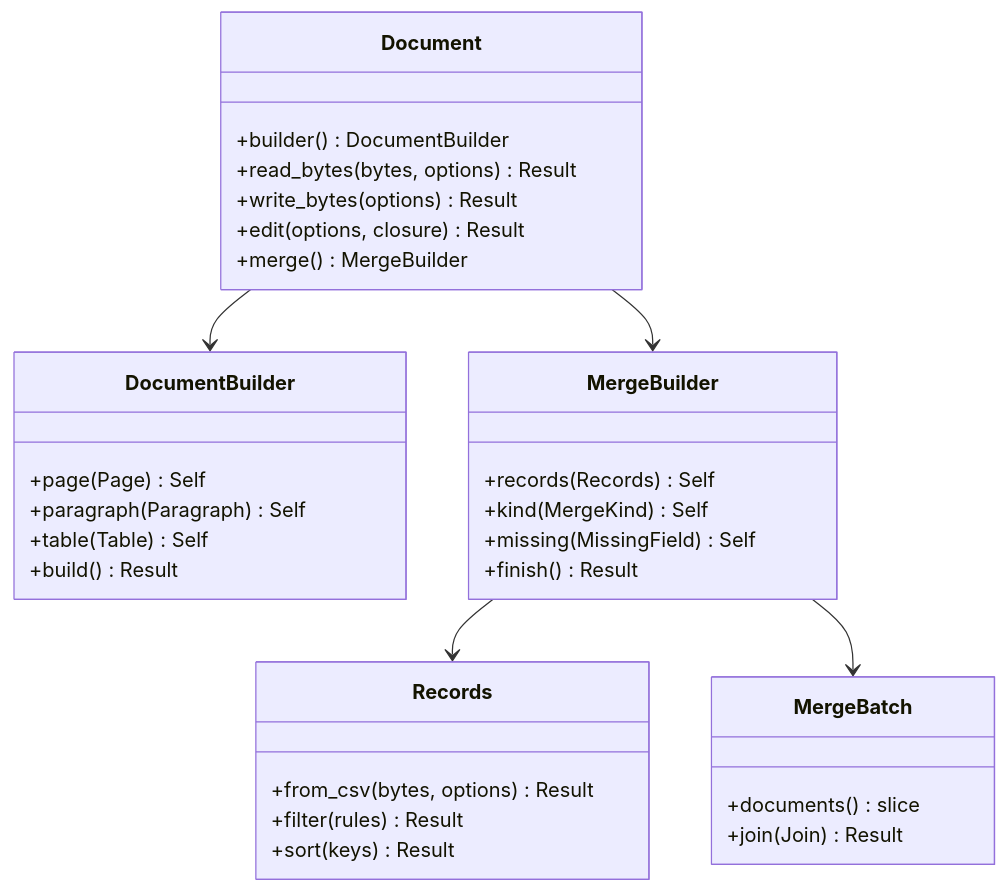
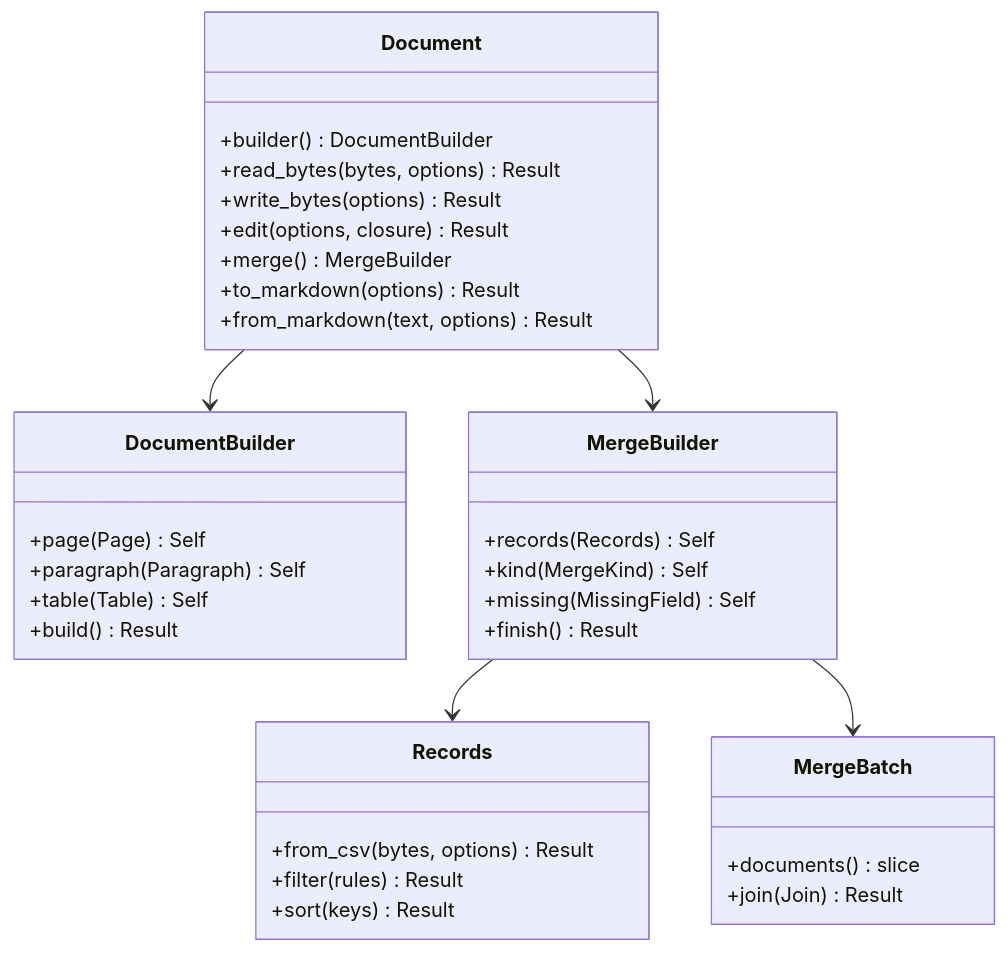
Before and after one commit to raphaelmansuy/edgedoc: the third of 3 diagrams in docs/03-architecture.md, drawn with Mermaid. The commit also changed 20 other files, not shown here.

````diff
--- a/docs/03-architecture.md
+++ b/docs/03-architecture.md
@@ -90,35 +90,37 @@
 ```mermaid
 classDiagram
   class Document {
     +builder() DocumentBuilder
     +read_bytes(bytes, options) Result
     +write_bytes(options) Result
     +edit(options, closure) Result
     +merge() MergeBuilder
+    +to_markdown(options) Result
+    +from_markdown(text, options) Result
   }
   class DocumentBuilder {
     +page(Page) Self
     +paragraph(Paragraph) Self
     +table(Table) Self
     +build() Result
   }
   class MergeBuilder {
     +records(Records) Self
     +kind(MergeKind) Self
     +missing(MissingField) Self
     +finish() Result
   }
   class MergeBatch {
     +documents() slice
     +join(Join) Result
   }
   class Records {
     +from_csv(bytes, options) Result
     +filter(rules) Result
     +sort(keys) Result
   }
   Document --> DocumentBuilder
   Document --> MergeBuilder
   MergeBuilder --> Records
   MergeBuilder --> MergeBatch
 ```
````
